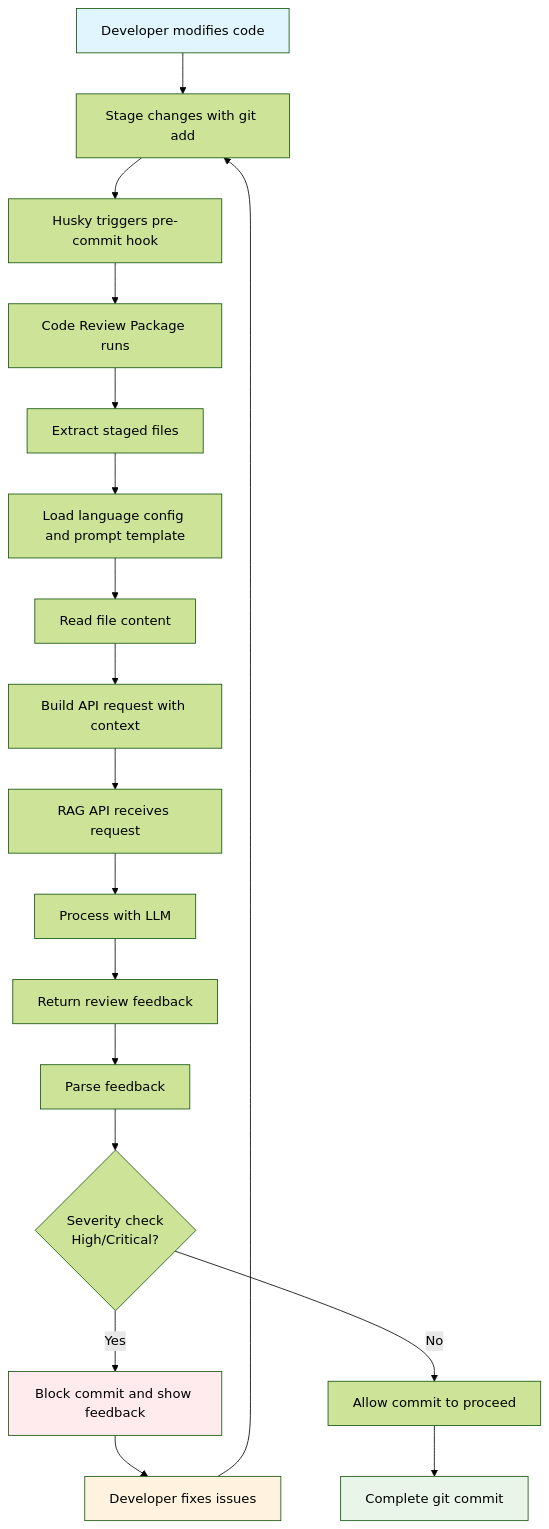
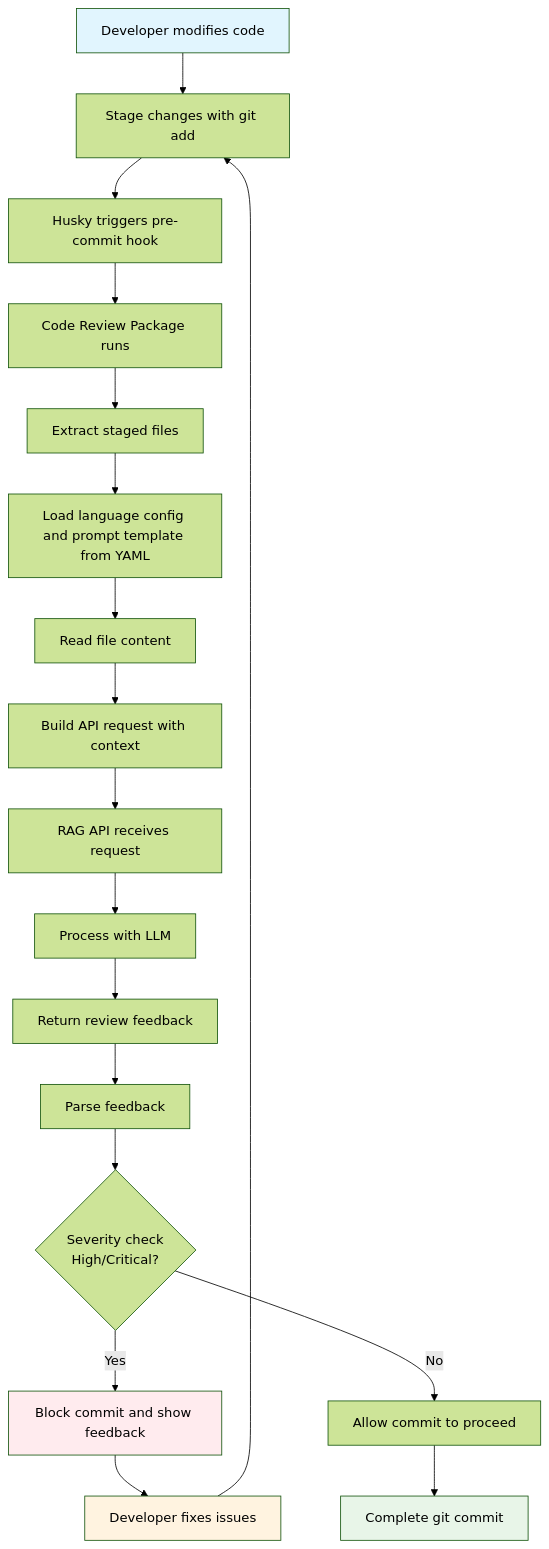
One commit to aaronpliu/VSCodeReview changed the diagram in docs/workflow-diagram.md. Above: the diagram before and after it, drawn with Mermaid (forest theme). The commit also changed 11 other files, not shown here.

Commit message:
feat: optimize prompt template

````diff
--- a/docs/workflow-diagram.md
+++ b/docs/workflow-diagram.md
@@ -7,25 +7,25 @@
 ```mermaid
 graph TD
     A[Developer modifies code] --> B[Stage changes with git add]
     B --> C[Husky triggers pre-commit hook]
     C --> D[Code Review Package runs]
     D --> E[Extract staged files]
-    E --> F[Load language config and prompt template]
+    E --> F[Load language config and prompt template from YAML]
     F --> G[Read file content]
     G --> H[Build API request with context]
     H --> I[RAG API receives request]
     I --> J[Process with LLM]
     J --> K[Return review feedback]
     K --> L[Parse feedback]
     L --> M{Severity check<br/>High/Critical?}
     M -->|Yes| N[Block commit and show feedback]
     M -->|No| O[Allow commit to proceed]
     O --> P[Complete git commit]
     N --> Q[Developer fixes issues]
     Q --> B
     
     style A fill:#e1f5fe
     style P fill:#e8f5e8
     style N fill:#ffebee
     style Q fill:#fff3e0
 ```
````
